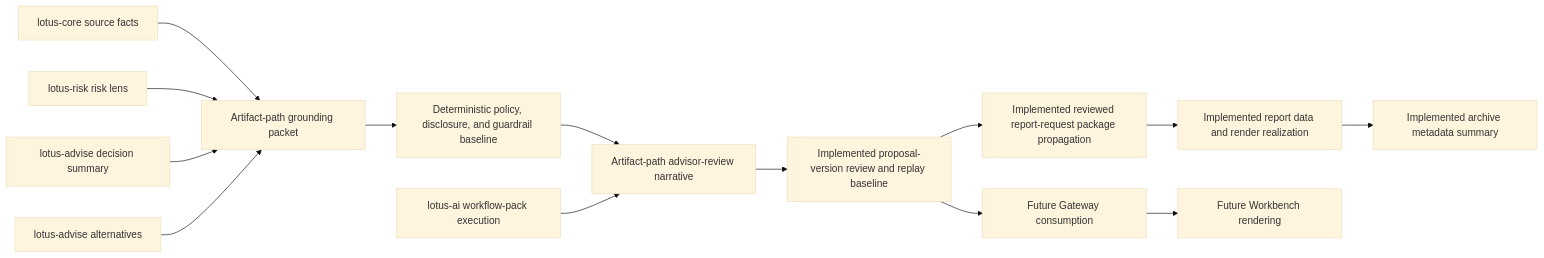
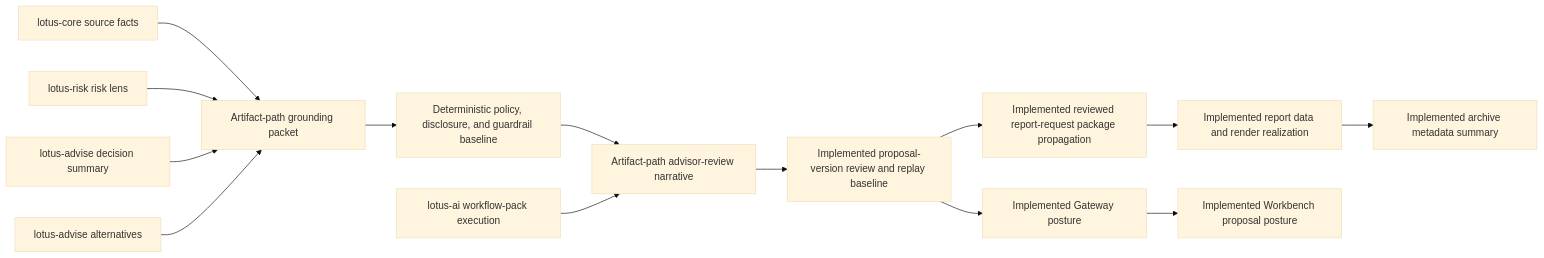
Before and after one commit to sgajbi/lotus-advise: the second of 3 diagrams in wiki/Supported-Features.md, drawn with Mermaid (base theme). The commit also changed other lines of this file and 14 other files, not shown here.

First line of the commit message:
docs: close RFC-0023 Gateway Workbench truth

````diff
--- a/wiki/Supported-Features.md
+++ b/wiki/Supported-Features.md
@@ -66,16 +66,16 @@
 ```mermaid
 flowchart LR
     Core[lotus-core source facts] --> Grounding[Artifact-path grounding packet]
     Risk[lotus-risk risk lens] --> Grounding
     Decision[lotus-advise decision summary] --> Grounding
     Alternatives[lotus-advise alternatives] --> Grounding
     Grounding --> Policy[Deterministic policy, disclosure, and guardrail baseline]
     Policy --> Narrative[Artifact-path advisor-review narrative]
     AI[lotus-ai workflow-pack execution] --> Narrative
     Narrative --> Review[Implemented proposal-version review and replay baseline]
     Review --> Report[Implemented reviewed report-request package propagation]
     Report --> Render[Implemented report data and render realization]
     Render --> Archive[Implemented archive metadata summary]
-    Review --> Gateway[Future Gateway consumption]
-    Gateway --> Workbench[Future Workbench rendering]
+    Review --> Gateway[Implemented Gateway posture]
+    Gateway --> Workbench[Implemented Workbench proposal posture]
 ```
````
